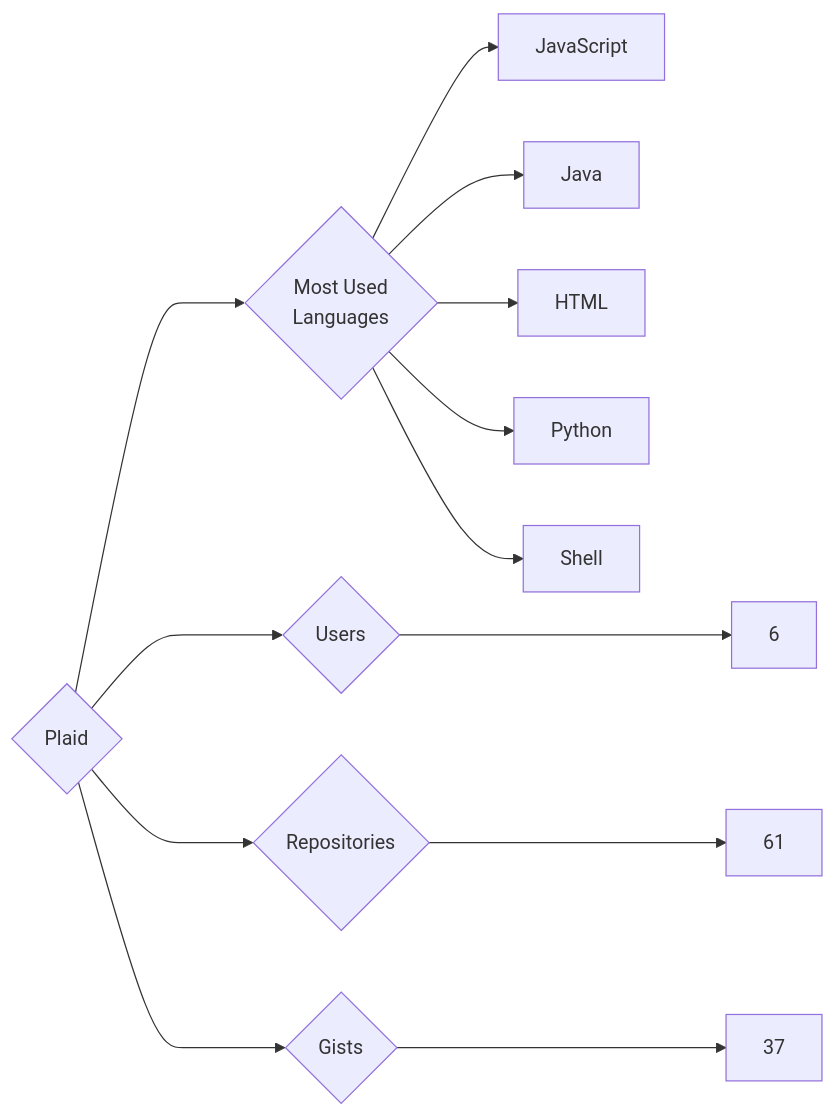
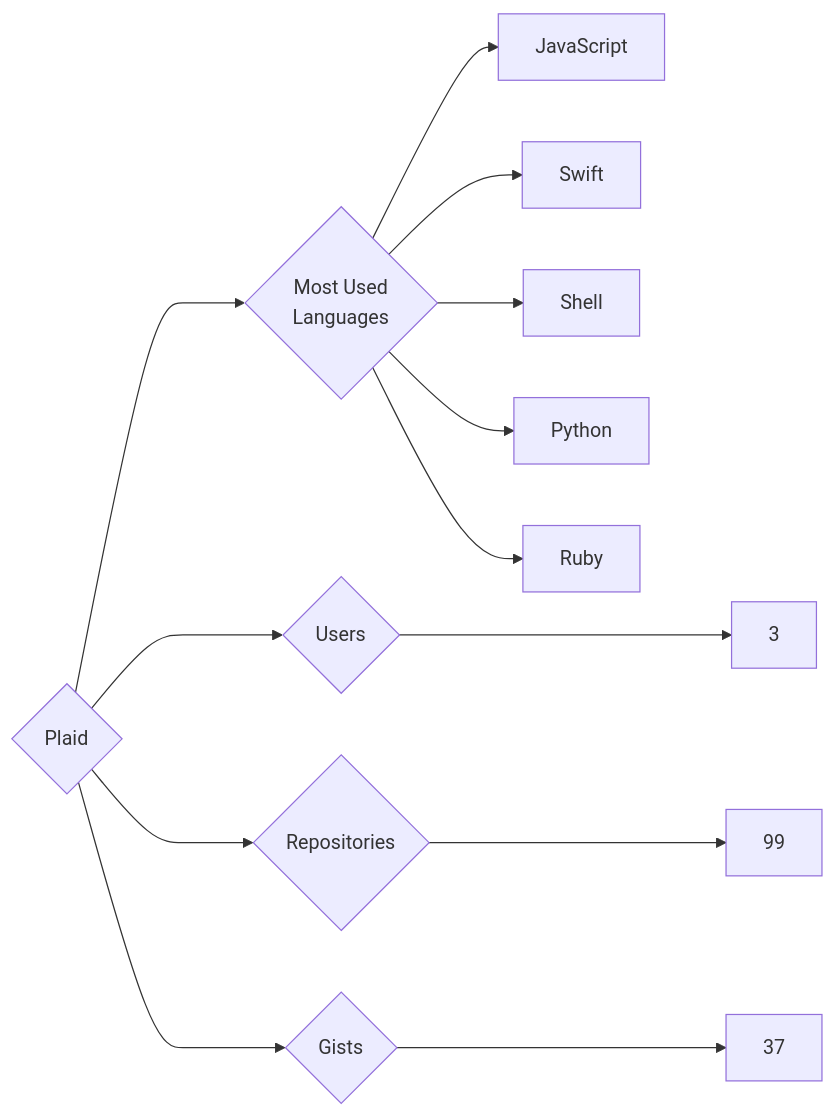
Before and after one commit to trickest/insiders: the diagram in targets/Plaid/README.md, drawn with Mermaid. The commit also changed 728 other files, not shown here.

````diff
--- a/targets/Plaid/README.md
+++ b/targets/Plaid/README.md
@@ -3,13 +3,13 @@
 ```mermaid
 graph LR
 COMPANY_NAME{Plaid}
-COMPANY_NAME ---> U{Users} ---> UN[6]
-COMPANY_NAME ---> R{Repositories} ---> RN[61]
+COMPANY_NAME ---> U{Users} ---> UN[3]
+COMPANY_NAME ---> R{Repositories} ---> RN[99]
 COMPANY_NAME ---> G{Gists} ---> GN[37]
 COMPANY_NAME ---> ML{Most Used<br>Languages}
 ML --> JavaScript[JavaScript]
-ML --> Java[Java]
-ML --> HTML[HTML]
+ML --> Swift[Swift]
+ML --> Shell[Shell]
 ML --> Python[Python]
-ML --> Shell[Shell]
+ML --> Ruby[Ruby]
 ```
````
